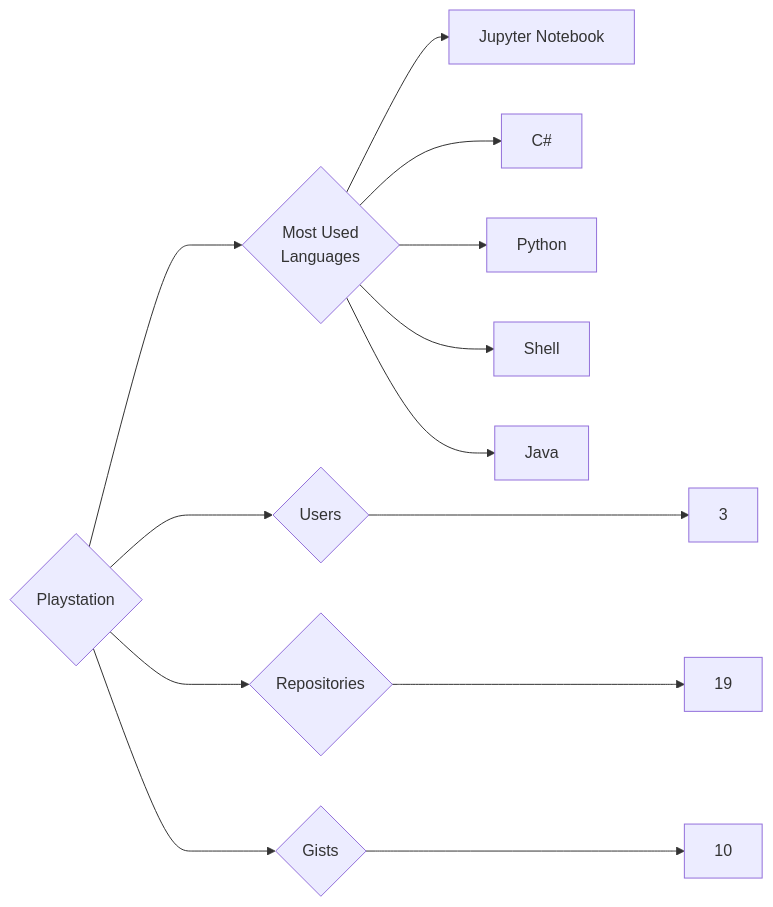
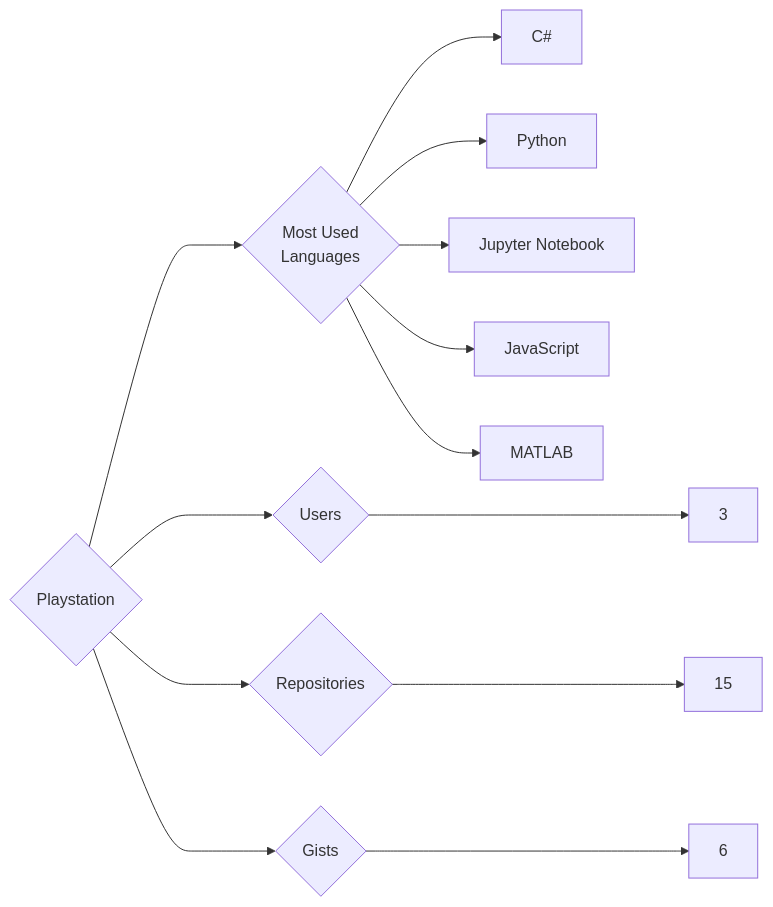
Before and after one commit to trickest/insiders: the diagram in targets/Playstation/README.md, drawn with Mermaid. The commit also changed 939 other files, not shown here.

````diff
--- a/targets/Playstation/README.md
+++ b/targets/Playstation/README.md
@@ -3,13 +3,13 @@
 ```mermaid
 graph LR
 COMPANY_NAME{Playstation}
 COMPANY_NAME ---> U{Users} ---> UN[3]
-COMPANY_NAME ---> R{Repositories} ---> RN[19]
-COMPANY_NAME ---> G{Gists} ---> GN[10]
+COMPANY_NAME ---> R{Repositories} ---> RN[15]
+COMPANY_NAME ---> G{Gists} ---> GN[6]
 COMPANY_NAME ---> ML{Most Used<br>Languages}
-ML --> Jupyter_Notebook[Jupyter Notebook]
 ML --> C#[C#]
 ML --> Python[Python]
-ML --> Shell[Shell]
-ML --> Java[Java]
+ML --> Jupyter_Notebook[Jupyter Notebook]
+ML --> JavaScript[JavaScript]
+ML --> MATLAB[MATLAB]
 ```
````
